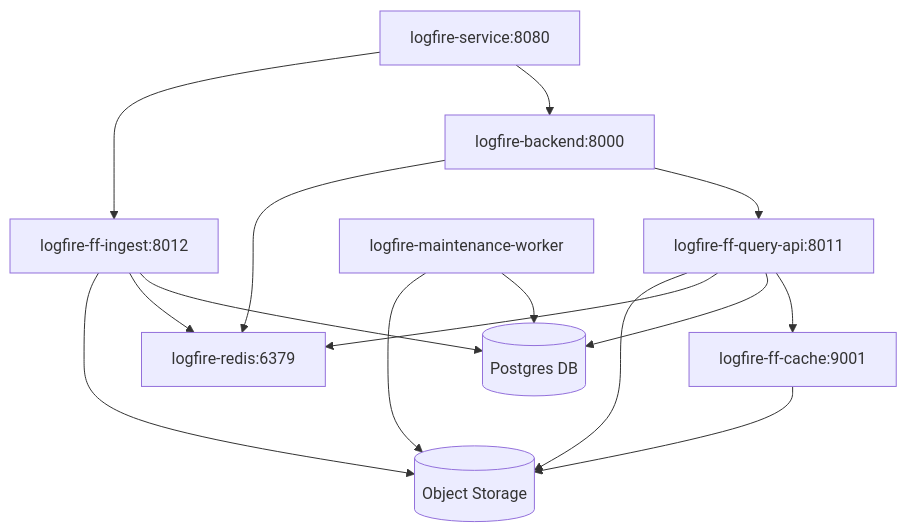
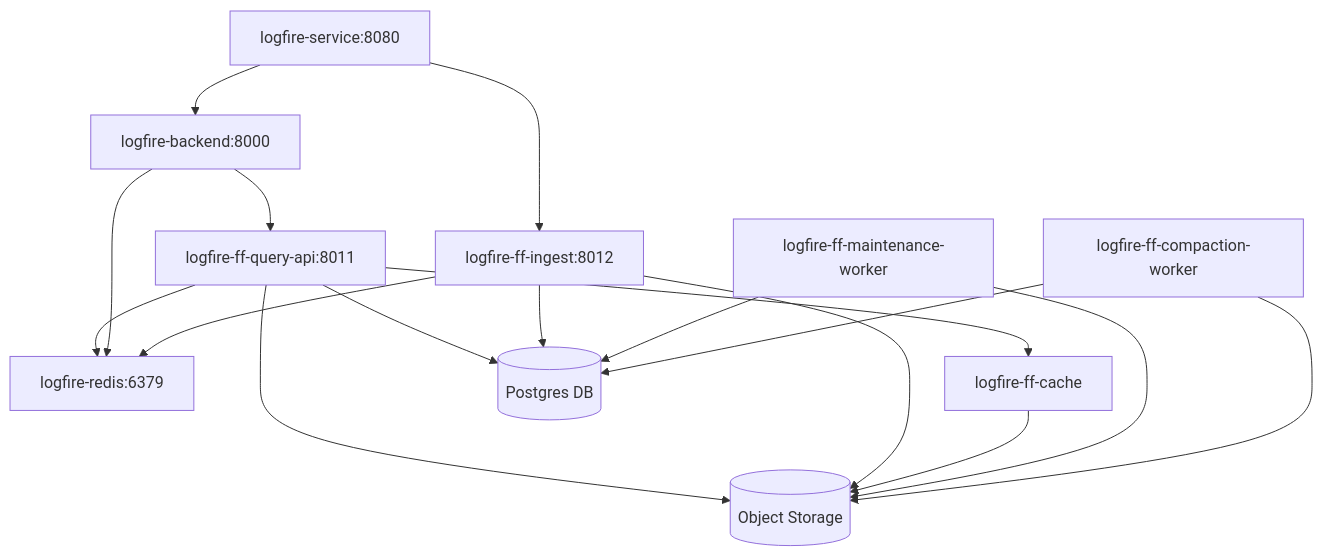
The diagram in docs/reference/self-hosted/overview.md (pydantic/logfire), drawn with Mermaid before and after one commit. The commit also changed other lines of this file and 3 other files, not shown here.

````diff
--- a/docs/reference/self-hosted/overview.md
+++ b/docs/reference/self-hosted/overview.md
@@ -59,39 +60,43 @@
 ```mermaid
 graph
     %% Entry point
     LS[logfire-service:8080]
 
     %% Core services
     LB[logfire-backend:8000]
     RD[logfire-redis:6379]
     FIA[logfire-ff-ingest:8012]
     FQA[logfire-ff-query-api:8011]
-    FCC[logfire-ff-cache:9001]
-    MW[logfire-maintenance-worker]
+    FC[logfire-ff-cache]
+    MW[logfire-ff-maintenance-worker]
+    CW[logfire-ff-compaction-worker]
 
     OS[(Object Storage)]
     PG[(Postgres DB)]
 
     %% Connections from entry point
     LS --> LB
     LS --> FIA
 
-    FQA --> FCC
+    FQA --> FC
     FQA --> PG
     FQA --> RD
     FQA --> OS
 
     LB --> FQA
     LB --> RD
 
     FIA --> PG
     FIA --> RD
     FIA --> OS
 
-    FCC --> OS
+    FC --> OS
 
     MW --> PG
     MW --> OS
 
+    CW --> PG
+    CW --> OS
+
 
 ```
````
